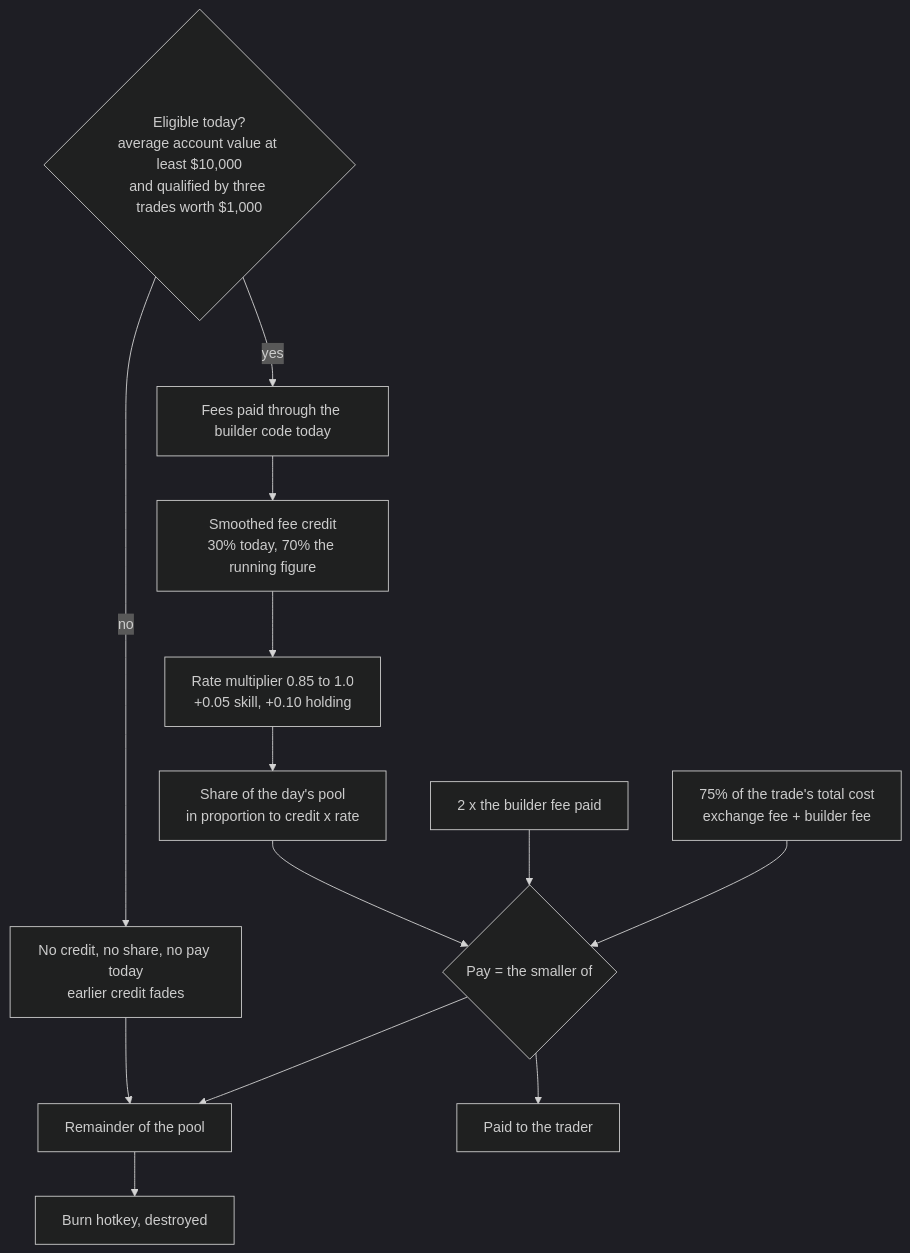
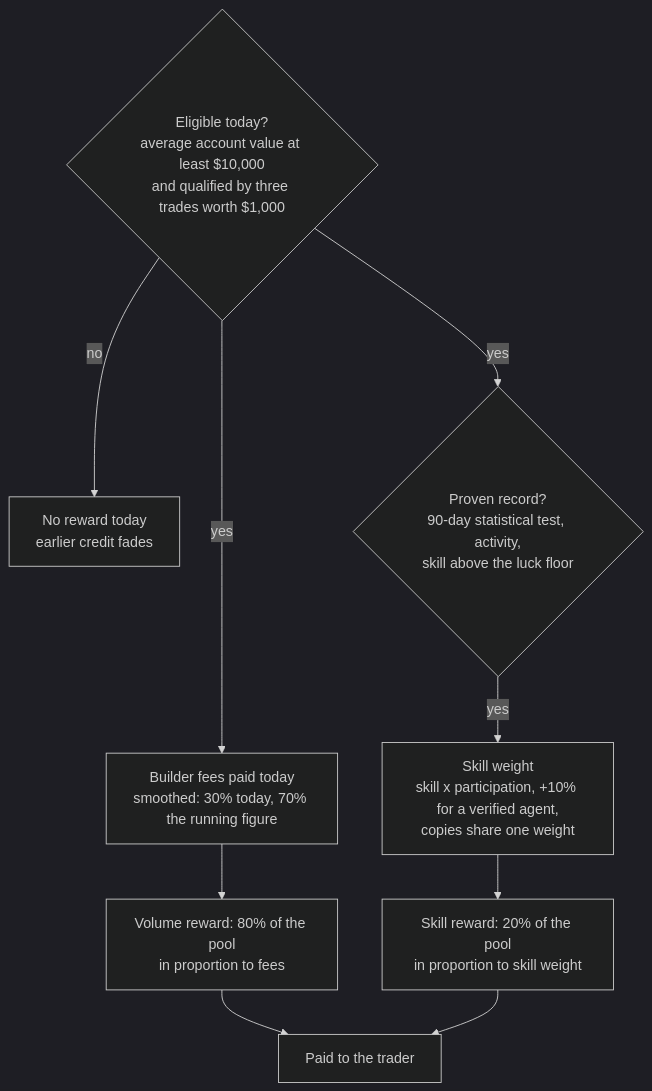
One commit to kokoahdotcom/kokoah-subnet changed the second of 2 diagrams in docs/whitepaper.md. Above: the diagram before and after it, drawn with Mermaid (dark theme). The commit also changed other lines of this file and 8 other files, not shown here.

Commit message:
docs: spec v6.0, whitepaper 2.0, agent guide, runbook and record for the two pools and sealed-machine agents

````diff
--- a/docs/whitepaper.md
+++ b/docs/whitepaper.md
@@ -104,13 +93,11 @@
 ```mermaid
 flowchart TD
-  E{Eligible today?<br/>average account value at least $10,000<br/>and qualified by three trades worth $1,000} -->|yes| F[Fees paid through the builder code today]
-  E -->|no| Z[No credit, no share, no pay today<br/>earlier credit fades] --> R
-  F --> S[Smoothed fee credit<br/>30% today, 70% the running figure]
-  S --> M[Rate multiplier 0.85 to 1.0<br/>+0.05 skill, +0.10 holding]
-  M --> SH[Share of the day's pool<br/>in proportion to credit x rate]
-  SH --> P{Pay = the smaller of}
-  C1[2 x the builder fee paid] --> P
-  C2[75% of the trade's total cost<br/>exchange fee + builder fee] --> P
-  P --> PAY[Paid to the trader]
-  P --> R[Remainder of the pool] --> BURN[Burn hotkey, destroyed]
+  E{Eligible today?<br/>average account value at least $10,000<br/>and qualified by three trades worth $1,000} -->|no| Z[No reward today<br/>earlier credit fades]
+  E -->|yes| F[Builder fees paid today<br/>smoothed: 30% today, 70% the running figure]
+  F --> VP[Volume reward: 80% of the pool<br/>in proportion to fees]
+  E -->|yes| S{Proven record?<br/>90-day statistical test, activity,<br/>skill above the luck floor}
+  S -->|yes| W[Skill weight<br/>skill x participation, +10% for a verified agent,<br/>copies share one weight]
+  W --> SP[Skill reward: 20% of the pool<br/>in proportion to skill weight]
+  VP --> PAY[Paid to the trader]
+  SP --> PAY
 ```
````
